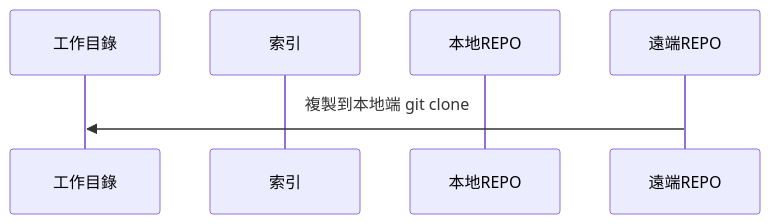
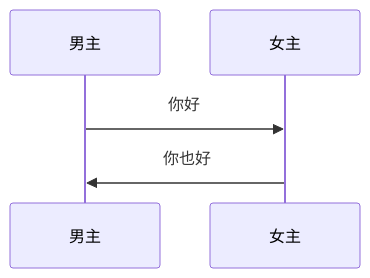
Before and after one commit to airbone4/home2026: the third of 4 diagrams in test.md, drawn with Mermaid. The commit also changed other lines of this file and 1 other file, not shown here.

````diff
--- a/test.md
+++ b/test.md
@@ -17,9 +21,7 @@
 ```mermaid
 sequenceDiagram
-    participant 工作目錄
-    participant 索引
-    participant 本地REPO
-    participant 遠端REPO
-    遠端REPO->>工作目錄: 複製到本地端 git clone
- 
+    participant 男主
+    participant 女主
+    男主->>女主: 你好
+    女主->>男主: 你也好
 ```
````
